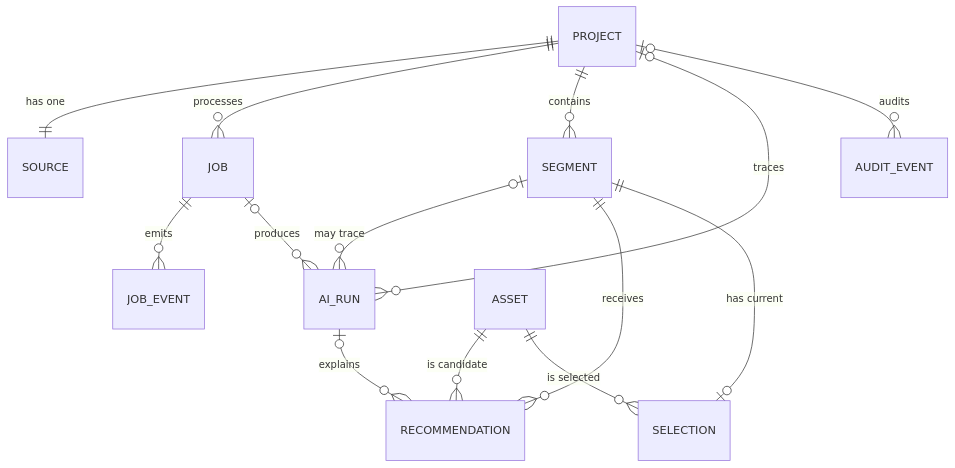
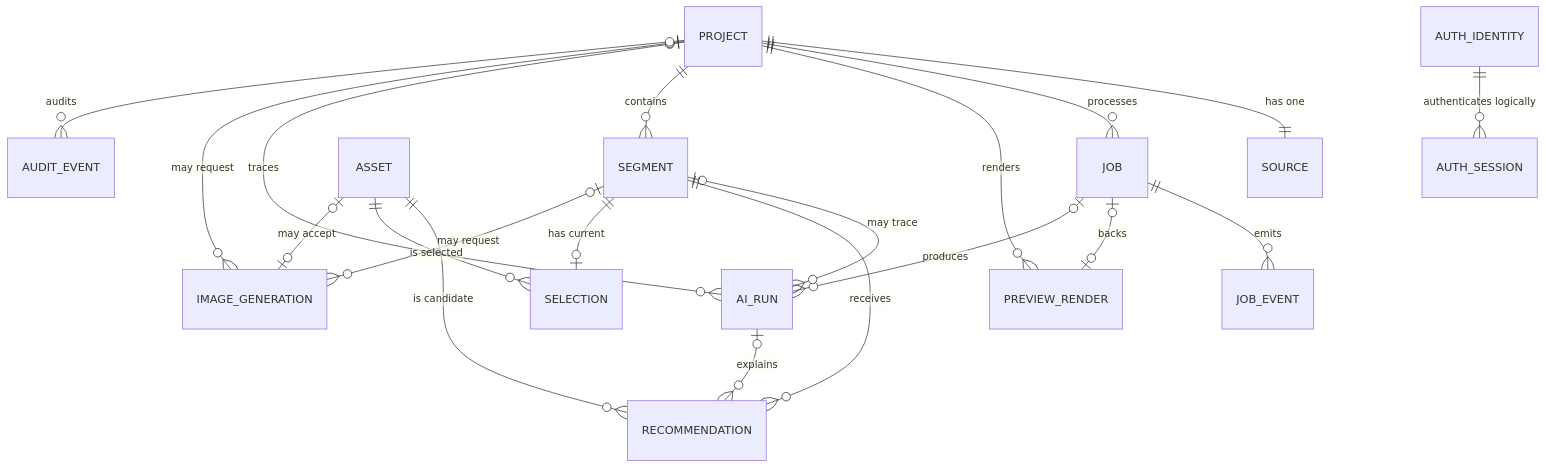
The diagram in docs/DATA_MODEL.md (tiqing2005/frameflow), drawn with Mermaid before and after one commit. The commit also changed other lines of this file and 9 other files, not shown here.

````diff
--- a/docs/DATA_MODEL.md
+++ b/docs/DATA_MODEL.md
@@ -15,16 +17,22 @@
 ```mermaid
 erDiagram
     PROJECT ||--|| SOURCE : "has one"
     PROJECT ||--o{ JOB : "processes"
     JOB ||--o{ JOB_EVENT : "emits"
+    PROJECT ||--o{ PREVIEW_RENDER : "renders"
+    JOB o|--o| PREVIEW_RENDER : "backs"
     PROJECT ||--o{ SEGMENT : "contains"
     PROJECT o|--o{ AI_RUN : "traces"
     JOB o|--o{ AI_RUN : "produces"
     SEGMENT o|--o{ AI_RUN : "may trace"
     SEGMENT ||--o{ RECOMMENDATION : "receives"
     ASSET ||--o{ RECOMMENDATION : "is candidate"
     AI_RUN o|--o{ RECOMMENDATION : "explains"
     SEGMENT ||--o| SELECTION : "has current"
     ASSET ||--o{ SELECTION : "is selected"
+    PROJECT o|--o{ IMAGE_GENERATION : "may request"
+    SEGMENT o|--o{ IMAGE_GENERATION : "may request"
+    ASSET o|--o| IMAGE_GENERATION : "may accept"
     PROJECT o|--o{ AUDIT_EVENT : "audits"
+    AUTH_IDENTITY ||--o{ AUTH_SESSION : "authenticates logically"
 ```
````
